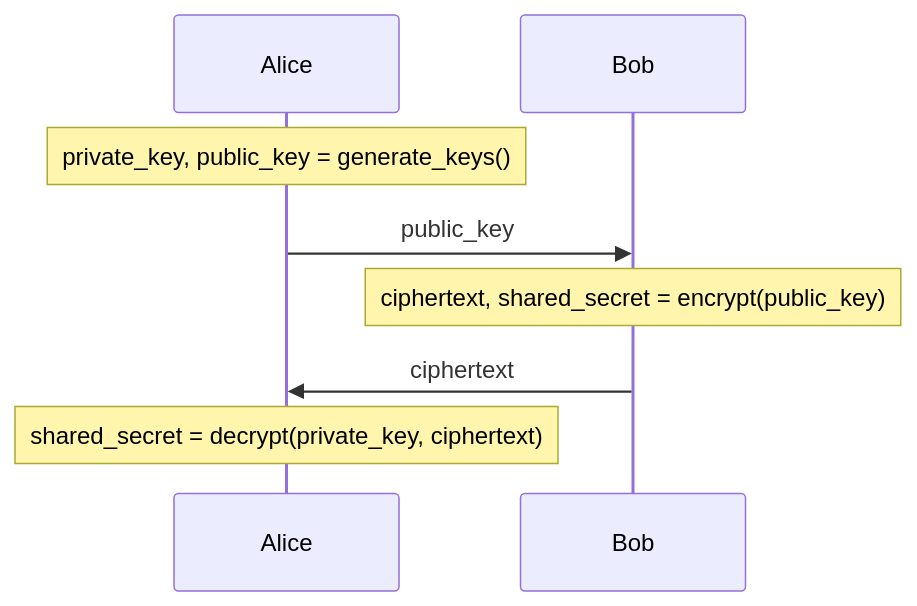
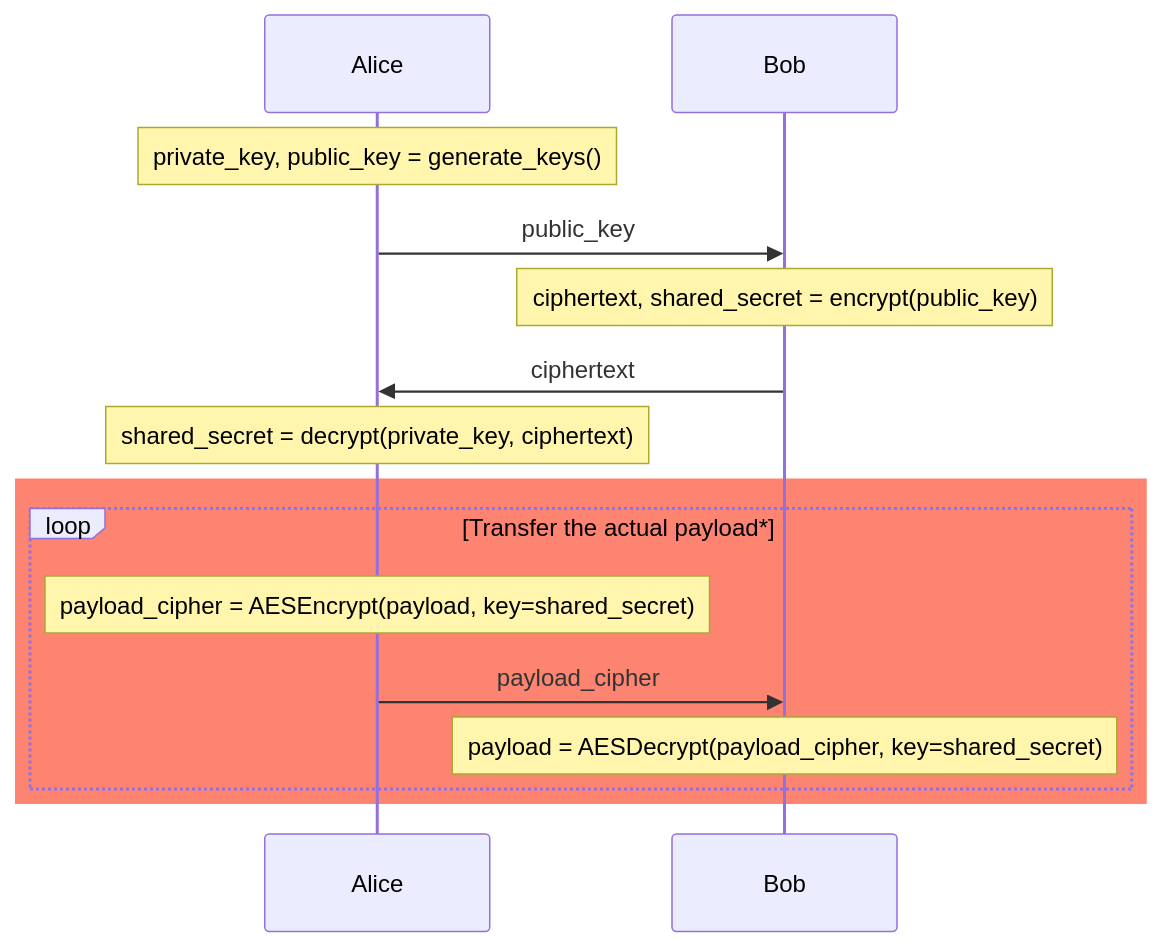
The diagram in docs/usage.md (PyryL/kyber), drawn with Mermaid before and after one commit. The commit also changed other lines of this file, not shown here.

Commit message:
added AES usage to sequence diagram

````diff
--- a/docs/usage.md
+++ b/docs/usage.md
@@ -15,8 +15,16 @@
 ```mermaid
 sequenceDiagram
 Note over Alice: private_key, public_key = generate_keys()
 Alice->>Bob: public_key
 Note over Bob: ciphertext, shared_secret = encrypt(public_key)
 Bob->>Alice: ciphertext
 Note over Alice: shared_secret = decrypt(private_key, ciphertext)
+
+rect rgb(252, 132, 113)
+loop Transfer the actual payload*
+  Note over Alice: payload_cipher = AESEncrypt(payload, key=shared_secret)
+  Alice->>Bob: payload_cipher
+  Note over Bob: payload = AESDecrypt(payload_cipher, key=shared_secret)
+end
+end
 ```
````
